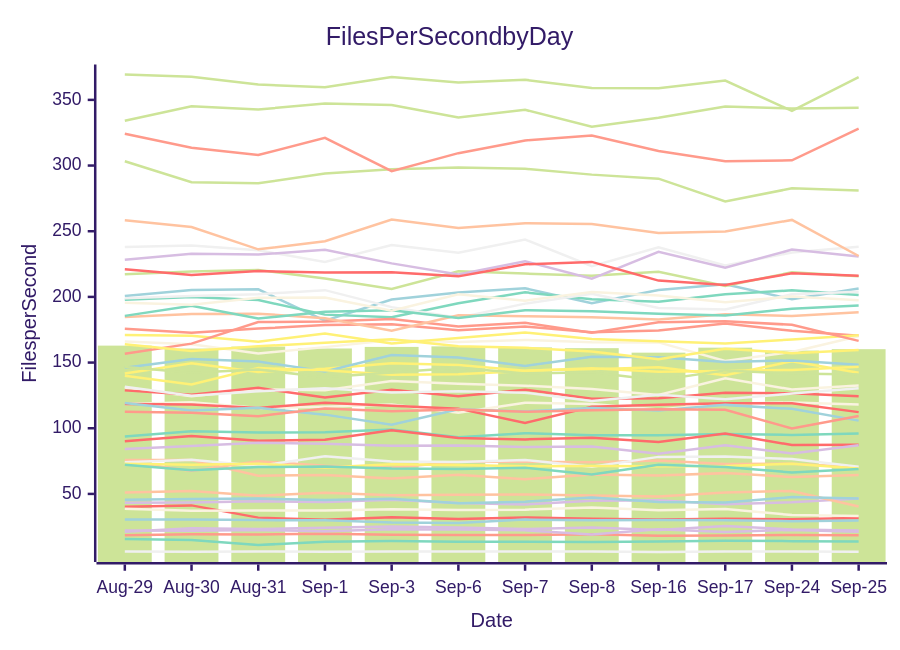
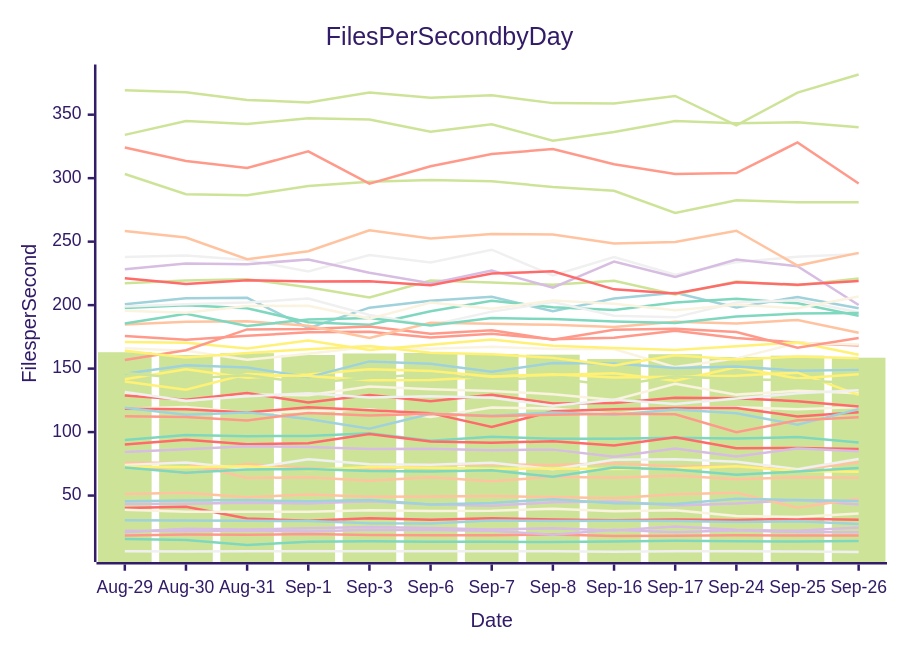
One commit to streetsidesoftware/cspell changed the diagram in perf-report.md. Above: the diagram before and after it, drawn with Mermaid (forest theme). The commit also changed other lines of this file and 1 other file, not shown here.

````diff
--- a/perf-report.md
+++ b/perf-report.md
@@ -10,57 +10,57 @@
 ```mermaid
 xychart-beta
     title Files Per Second by Day
     y-axis Files per Second
-    x-axis Date [Aug-29, Aug-30, Aug-31, Sep-1, Sep-3, Sep-6, Sep-7, Sep-8, Sep-16, Sep-17, Sep-24, Sep-25]
-    bar [162.91, 160.67, 162.16, 160.72, 161.93, 162.34, 161.56, 160.97, 157.55, 161.35, 159.12, 160.20]
-    line [40.28, 41.27, 31.95, 30.26, 32.20, 30.88, 32.09, 31.08, 30.60, 31.19, 30.72, 31.67]
-    line [200.76, 205.32, 205.73, 181.85, 198.01, 203.39, 206.55, 195.11, 205.27, 209.68, 198.18, 206.47]
-    line [43.35, 43.55, 44.33, 43.81, 45.60, 43.01, 41.97, 44.80, 45.26, 42.13, 43.68, 46.57]
-    line [6.20, 6.04, 6.23, 6.06, 6.09, 6.20, 6.14, 6.11, 5.78, 6.14, 6.07, 5.98]
-    line [75.85, 75.82, 63.83, 64.49, 61.65, 64.50, 61.26, 64.86, 63.96, 65.83, 62.91, 64.44]
-    line [93.72, 97.65, 96.80, 96.99, 99.11, 93.19, 96.28, 94.70, 94.66, 95.59, 94.92, 96.04]
-    line [18.45, 19.29, 19.08, 19.71, 18.88, 18.65, 18.65, 19.33, 18.07, 18.42, 18.78, 18.52]
-    line [118.37, 119.80, 115.33, 116.38, 118.04, 111.85, 119.40, 118.51, 114.20, 118.71, 119.64, 118.05]
-    line [141.62, 149.48, 142.85, 145.28, 149.46, 148.18, 143.83, 145.01, 146.41, 140.36, 151.00, 142.17]
-    line [303.29, 287.37, 286.48, 293.90, 297.13, 298.52, 297.48, 293.09, 290.03, 272.63, 282.67, 280.96]
-    line [90.17, 94.03, 90.40, 91.22, 98.55, 92.55, 91.52, 92.79, 89.51, 95.95, 87.21, 87.42]
-    line [30.59, 30.45, 30.07, 29.95, 28.16, 27.92, 30.43, 29.89, 30.21, 29.92, 29.23, 29.70]
-    line [21.16, 23.95, 23.30, 24.27, 25.24, 24.42, 23.30, 24.35, 22.54, 25.54, 23.00, 22.21]
-    line [237.91, 239.06, 235.45, 226.56, 239.54, 233.61, 243.66, 223.35, 237.82, 223.98, 233.86, 238.09]
-    line [74.92, 67.44, 74.93, 71.42, 69.97, 74.43, 74.58, 74.02, 75.50, 72.83, 73.03, 70.23]
-    line [15.75, 15.00, 11.10, 13.64, 14.09, 13.63, 13.57, 13.40, 13.81, 14.35, 14.04, 13.83]
-    line [175.74, 172.74, 175.87, 178.56, 179.08, 174.59, 177.44, 173.15, 174.36, 179.74, 174.18, 170.43]
-    line [166.00, 163.99, 156.90, 161.76, 167.23, 165.73, 167.27, 165.39, 165.37, 151.18, 158.06, 170.07]
-    line [170.94, 170.42, 165.85, 172.14, 164.57, 168.71, 172.84, 167.97, 166.22, 164.57, 167.61, 170.71]
-    line [334.12, 345.07, 342.66, 347.17, 346.14, 336.60, 342.41, 329.55, 336.36, 345.01, 343.35, 343.97]
-    line [118.41, 118.01, 115.40, 119.50, 117.17, 114.93, 104.04, 116.42, 117.89, 118.96, 119.04, 112.27]
-    line [119.18, 113.59, 115.52, 110.36, 102.65, 114.46, 112.83, 115.47, 113.56, 117.79, 114.76, 105.80]
-    line [22.23, 21.90, 22.46, 21.60, 23.03, 22.85, 22.27, 19.18, 23.11, 21.10, 22.62, 21.27]
-    line [74.03, 75.97, 71.20, 78.69, 74.68, 74.33, 75.84, 70.78, 78.20, 78.52, 76.56, 70.74]
-    line [51.15, 52.21, 48.60, 50.89, 48.97, 49.35, 49.58, 48.85, 47.97, 51.02, 52.29, 40.48]
-    line [197.82, 199.85, 197.57, 186.50, 184.53, 195.23, 203.47, 198.25, 196.22, 201.98, 205.02, 201.39]
-    line [156.76, 164.43, 180.88, 181.23, 183.21, 177.43, 180.28, 172.77, 180.61, 181.38, 178.77, 166.50]
-    line [130.95, 124.42, 129.63, 128.97, 135.94, 133.80, 132.37, 129.87, 125.28, 138.07, 129.51, 132.51]
-    line [72.99, 72.24, 73.05, 70.19, 72.55, 71.94, 71.15, 71.34, 71.01, 71.23, 73.00, 69.32]
-    line [217.16, 219.42, 220.41, 214.04, 205.97, 219.44, 217.73, 216.08, 219.15, 208.36, 218.68, 215.66]
-    line [128.83, 125.51, 130.73, 123.39, 129.29, 124.27, 129.39, 122.55, 122.88, 127.08, 126.63, 124.32]
-    line [146.03, 152.71, 150.80, 143.28, 155.69, 153.87, 147.46, 154.39, 153.96, 150.40, 151.64, 148.32]
-    line [228.23, 232.86, 232.26, 235.92, 225.53, 217.15, 227.16, 213.82, 234.37, 222.15, 235.99, 230.67]
-    line [198.91, 200.77, 202.09, 205.14, 192.22, 184.22, 194.88, 202.40, 191.56, 190.37, 202.02, 203.87]
-    line [184.77, 186.94, 187.25, 183.77, 174.20, 186.05, 185.31, 184.47, 182.86, 186.84, 185.48, 188.32]
-    line [185.55, 193.26, 183.54, 188.75, 189.86, 184.03, 189.81, 189.01, 187.14, 185.91, 190.99, 193.37]
-    line [112.47, 111.83, 109.19, 115.12, 112.97, 114.35, 112.51, 113.70, 114.44, 114.03, 99.84, 109.30]
-    line [38.79, 37.24, 37.32, 37.33, 38.42, 37.82, 37.98, 39.62, 37.64, 38.51, 33.90, 33.12]
-    line [139.89, 133.31, 145.80, 144.08, 140.79, 141.02, 143.66, 145.59, 142.94, 143.60, 144.39, 146.81]
-    line [369.32, 367.60, 361.65, 359.68, 367.46, 363.32, 365.30, 359.11, 358.89, 364.75, 341.57, 367.34]
-    line [221.13, 216.69, 219.64, 218.57, 218.78, 215.63, 224.82, 226.65, 212.42, 209.15, 217.97, 216.10]
-    line [45.50, 46.05, 46.44, 45.45, 46.41, 42.91, 44.10, 47.18, 43.88, 43.41, 47.56, 46.43]
-    line [84.25, 86.47, 88.91, 88.27, 86.74, 86.90, 85.78, 86.18, 80.59, 86.98, 80.71, 87.03]
-    line [131.60, 124.76, 128.19, 130.51, 127.29, 128.13, 127.03, 120.72, 125.41, 122.07, 126.43, 130.53]
-    line [258.39, 253.25, 236.21, 242.44, 258.87, 252.44, 256.07, 255.58, 248.63, 249.79, 258.60, 231.14]
-    line [72.12, 68.00, 70.47, 70.89, 69.29, 68.94, 69.89, 64.77, 72.12, 70.50, 66.34, 68.88]
-    line [324.16, 313.60, 308.04, 321.08, 295.70, 309.43, 319.09, 322.91, 311.02, 303.26, 304.00, 328.11]
-    line [195.50, 193.96, 199.31, 199.53, 189.39, 201.97, 197.12, 203.70, 201.07, 195.90, 200.29, 197.49]
-    line [164.02, 158.84, 162.35, 165.15, 167.75, 162.42, 161.26, 158.45, 152.45, 160.47, 157.19, 159.48]
-    line [146.55, 142.25, 144.70, 138.76, 142.53, 146.03, 141.67, 142.57, 136.52, 144.05, 141.65, 140.89]
+    x-axis Date [Aug-29, Aug-30, Aug-31, Sep-1, Sep-3, Sep-6, Sep-7, Sep-8, Sep-16, Sep-17, Sep-24, Sep-25, Sep-26]
+    bar [162.91, 160.67, 162.16, 160.72, 161.93, 162.34, 161.56, 160.97, 157.55, 161.35, 159.12, 160.20, 158.58]
+    line [40.28, 41.27, 31.95, 30.26, 32.20, 30.88, 32.09, 31.08, 30.60, 31.19, 30.72, 31.67, 30.87]
+    line [200.76, 205.32, 205.73, 181.85, 198.01, 203.39, 206.55, 195.11, 205.27, 209.68, 198.18, 206.47, 197.56]
+    line [43.35, 43.55, 44.33, 43.81, 45.60, 43.01, 41.97, 44.80, 45.26, 42.13, 43.68, 46.57, 42.98]
+    line [6.20, 6.04, 6.23, 6.06, 6.09, 6.20, 6.14, 6.11, 5.78, 6.14, 6.07, 5.98, 5.55]
+    line [75.85, 75.82, 63.83, 64.49, 61.65, 64.50, 61.26, 64.86, 63.96, 65.83, 62.91, 64.44, 64.12]
+    line [93.72, 97.65, 96.80, 96.99, 99.11, 93.19, 96.28, 94.70, 94.66, 95.59, 94.92, 96.04, 91.77]
+    line [18.45, 19.29, 19.08, 19.71, 18.88, 18.65, 18.65, 19.33, 18.07, 18.42, 18.78, 18.52, 18.50]
+    line [118.37, 119.80, 115.33, 116.38, 118.04, 111.85, 119.40, 118.51, 114.20, 118.71, 119.64, 118.05, 119.66]
+    line [141.62, 149.48, 142.85, 145.28, 149.46, 148.18, 143.83, 145.01, 146.41, 140.36, 151.00, 142.17, 145.53]
+    line [303.29, 287.37, 286.48, 293.90, 297.13, 298.52, 297.48, 293.09, 290.03, 272.63, 282.67, 280.96, 281.08]
+    line [90.17, 94.03, 90.40, 91.22, 98.55, 92.55, 91.52, 92.79, 89.51, 95.95, 87.21, 87.42, 86.71]
+    line [30.59, 30.45, 30.07, 29.95, 28.16, 27.92, 30.43, 29.89, 30.21, 29.92, 29.23, 29.70, 27.61]
+    line [21.16, 23.95, 23.30, 24.27, 25.24, 24.42, 23.30, 24.35, 22.54, 25.54, 23.00, 22.21, 24.76]
+    line [237.91, 239.06, 235.45, 226.56, 239.54, 233.61, 243.66, 223.35, 237.82, 223.98, 233.86, 238.09, 240.23]
+    line [74.92, 67.44, 74.93, 71.42, 69.97, 74.43, 74.58, 74.02, 75.50, 72.83, 73.03, 70.23, 76.23]
+    line [15.75, 15.00, 11.10, 13.64, 14.09, 13.63, 13.57, 13.40, 13.81, 14.35, 14.04, 13.83, 14.19]
+    line [175.74, 172.74, 175.87, 178.56, 179.08, 174.59, 177.44, 173.15, 174.36, 179.74, 174.18, 170.43, 168.21]
+    line [166.00, 163.99, 156.90, 161.76, 167.23, 165.73, 167.27, 165.39, 165.37, 151.18, 158.06, 170.07, 169.06]
+    line [170.94, 170.42, 165.85, 172.14, 164.57, 168.71, 172.84, 167.97, 166.22, 164.57, 167.61, 170.71, 160.85]
+    line [334.12, 345.07, 342.66, 347.17, 346.14, 336.60, 342.41, 329.55, 336.36, 345.01, 343.35, 343.97, 340.10]
+    line [118.41, 118.01, 115.40, 119.50, 117.17, 114.93, 104.04, 116.42, 117.89, 118.96, 119.04, 112.27, 115.57]
+    line [119.18, 113.59, 115.52, 110.36, 102.65, 114.46, 112.83, 115.47, 113.56, 117.79, 114.76, 105.80, 118.06]
+    line [22.23, 21.90, 22.46, 21.60, 23.03, 22.85, 22.27, 19.18, 23.11, 21.10, 22.62, 21.27, 21.03]
+    line [74.03, 75.97, 71.20, 78.69, 74.68, 74.33, 75.84, 70.78, 78.20, 78.52, 76.56, 70.74, 78.83]
+    line [51.15, 52.21, 48.60, 50.89, 48.97, 49.35, 49.58, 48.85, 47.97, 51.02, 52.29, 40.48, 47.66]
+    line [197.82, 199.85, 197.57, 186.50, 184.53, 195.23, 203.47, 198.25, 196.22, 201.98, 205.02, 201.39, 191.68]
+    line [156.76, 164.43, 180.88, 181.23, 183.21, 177.43, 180.28, 172.77, 180.61, 181.38, 178.77, 166.50, 174.08]
+    line [130.95, 124.42, 129.63, 128.97, 135.94, 133.80, 132.37, 129.87, 125.28, 138.07, 129.51, 132.51, 130.66]
+    line [72.99, 72.24, 73.05, 70.19, 72.55, 71.94, 71.15, 71.34, 71.01, 71.23, 73.00, 69.32, 68.79]
+    line [217.16, 219.42, 220.41, 214.04, 205.97, 219.44, 217.73, 216.08, 219.15, 208.36, 218.68, 215.66, 221.05]
+    line [128.83, 125.51, 130.73, 123.39, 129.29, 124.27, 129.39, 122.55, 122.88, 127.08, 126.63, 124.32, 120.24]
+    line [146.03, 152.71, 150.80, 143.28, 155.69, 153.87, 147.46, 154.39, 153.96, 150.40, 151.64, 148.32, 149.00]
+    line [228.23, 232.86, 232.26, 235.92, 225.53, 217.15, 227.16, 213.82, 234.37, 222.15, 235.99, 230.67, 200.06]
+    line [198.91, 200.77, 202.09, 205.14, 192.22, 184.22, 194.88, 202.40, 191.56, 190.37, 202.02, 203.87, 194.31]
+    line [184.77, 186.94, 187.25, 183.77, 174.20, 186.05, 185.31, 184.47, 182.86, 186.84, 185.48, 188.32, 178.27]
+    line [185.55, 193.26, 183.54, 188.75, 189.86, 184.03, 189.81, 189.01, 187.14, 185.91, 190.99, 193.37, 193.85]
+    line [112.47, 111.83, 109.19, 115.12, 112.97, 114.35, 112.51, 113.70, 114.44, 114.03, 99.84, 109.30, 111.69]
+    line [38.79, 37.24, 37.32, 37.33, 38.42, 37.82, 37.98, 39.62, 37.64, 38.51, 33.90, 33.12, 35.78]
+    line [139.89, 133.31, 145.80, 144.08, 140.79, 141.02, 143.66, 145.59, 142.94, 143.60, 144.39, 146.81, 129.29]
+    line [369.32, 367.60, 361.65, 359.68, 367.46, 363.32, 365.30, 359.11, 358.89, 364.75, 341.57, 367.34, 381.65]
+    line [221.13, 216.69, 219.64, 218.57, 218.78, 215.63, 224.82, 226.65, 212.42, 209.15, 217.97, 216.10, 219.02]
+    line [45.50, 46.05, 46.44, 45.45, 46.41, 42.91, 44.10, 47.18, 43.88, 43.41, 47.56, 46.43, 45.71]
+    line [84.25, 86.47, 88.91, 88.27, 86.74, 86.90, 85.78, 86.18, 80.59, 86.98, 80.71, 87.03, 84.89]
+    line [131.60, 124.76, 128.19, 130.51, 127.29, 128.13, 127.03, 120.72, 125.41, 122.07, 126.43, 130.53, 133.00]
+    line [258.39, 253.25, 236.21, 242.44, 258.87, 252.44, 256.07, 255.58, 248.63, 249.79, 258.60, 231.14, 241.17]
+    line [72.12, 68.00, 70.47, 70.89, 69.29, 68.94, 69.89, 64.77, 72.12, 70.50, 66.34, 68.88, 71.66]
+    line [324.16, 313.60, 308.04, 321.08, 295.70, 309.43, 319.09, 322.91, 311.02, 303.26, 304.00, 328.11, 295.79]
+    line [195.50, 193.96, 199.31, 199.53, 189.39, 201.97, 197.12, 203.70, 201.07, 195.90, 200.29, 197.49, 206.75]
+    line [164.02, 158.84, 162.35, 165.15, 167.75, 162.42, 161.26, 158.45, 152.45, 160.47, 157.19, 159.48, 158.19]
+    line [146.55, 142.25, 144.70, 138.76, 142.53, 146.03, 141.67, 142.57, 136.52, 144.05, 141.65, 140.89, 138.42]
 ```
````
